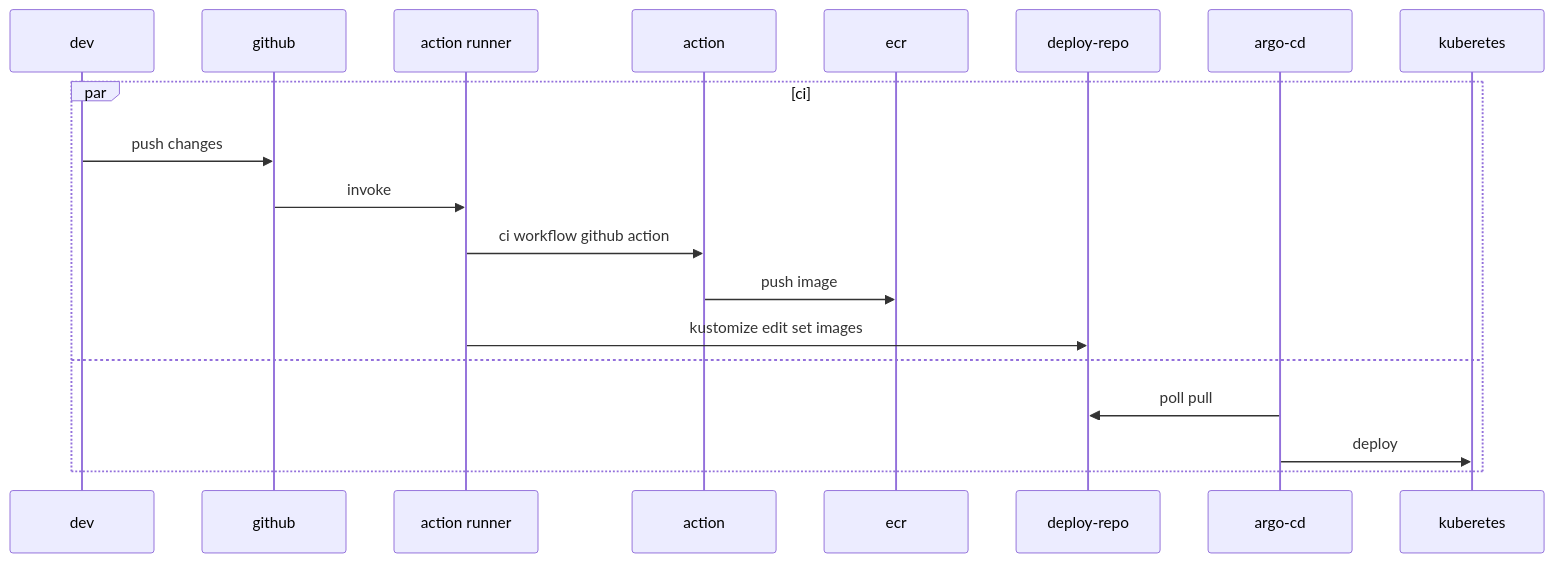
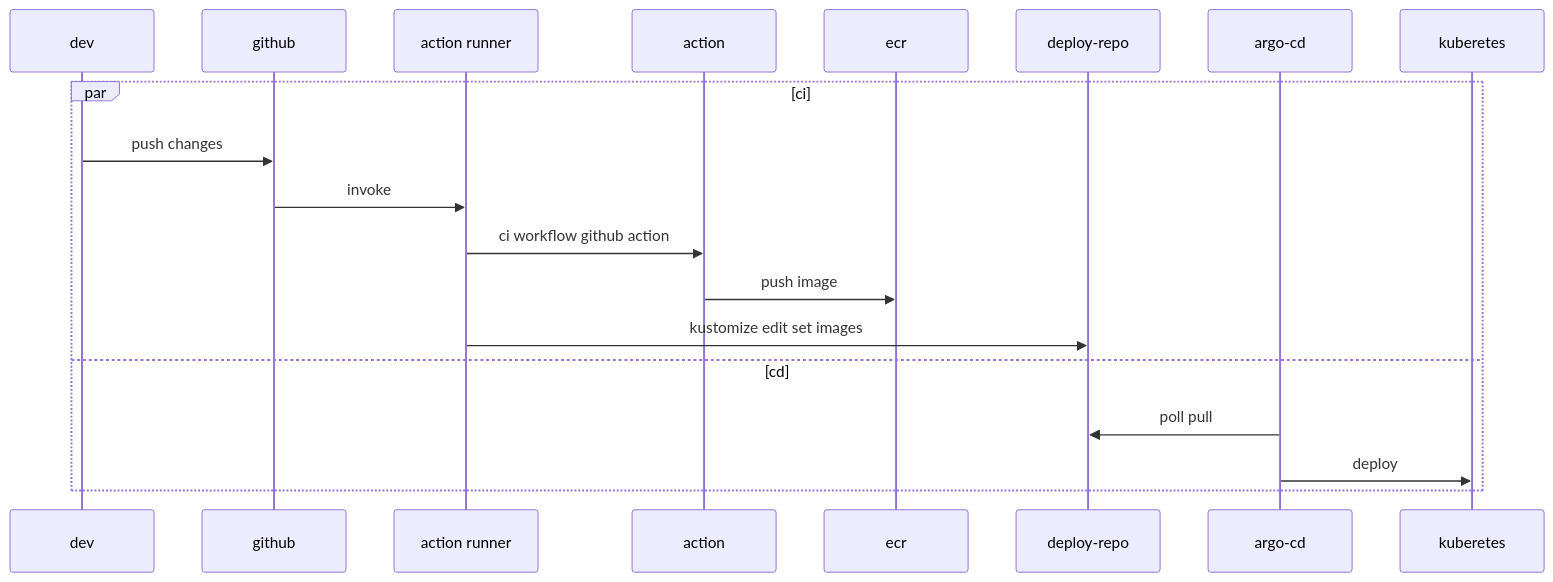
One commit to jackliusr/jackliusr.github.io changed the diagram in content/posts/2022/06/2022-06-10-reflection-cicd.md. Above: the diagram before and after it, drawn with Mermaid.

````diff
--- a/content/posts/2022/06/2022-06-10-reflection-cicd.md
+++ b/content/posts/2022/06/2022-06-10-reflection-cicd.md
@@ -28,13 +28,13 @@
 ```mermaid
 sequenceDiagram
   par ci
     dev ->> github: push changes
     github ->> action runner: invoke
     action runner ->> action: ci workflow github action
     action ->> ecr: push image
     action runner ->> deploy-repo: kustomize edit set images
-  and
+  and cd
     argo-cd ->> deploy-repo: poll pull
     argo-cd ->> kuberetes: deploy
   end
 ```
````
